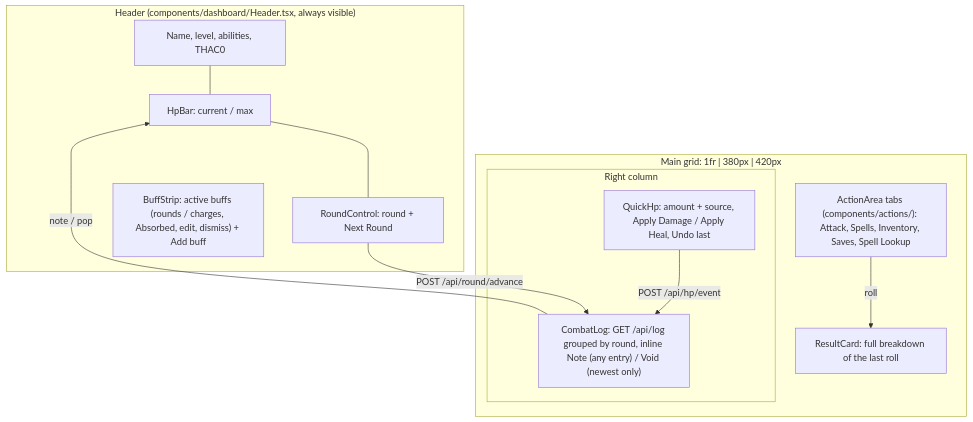
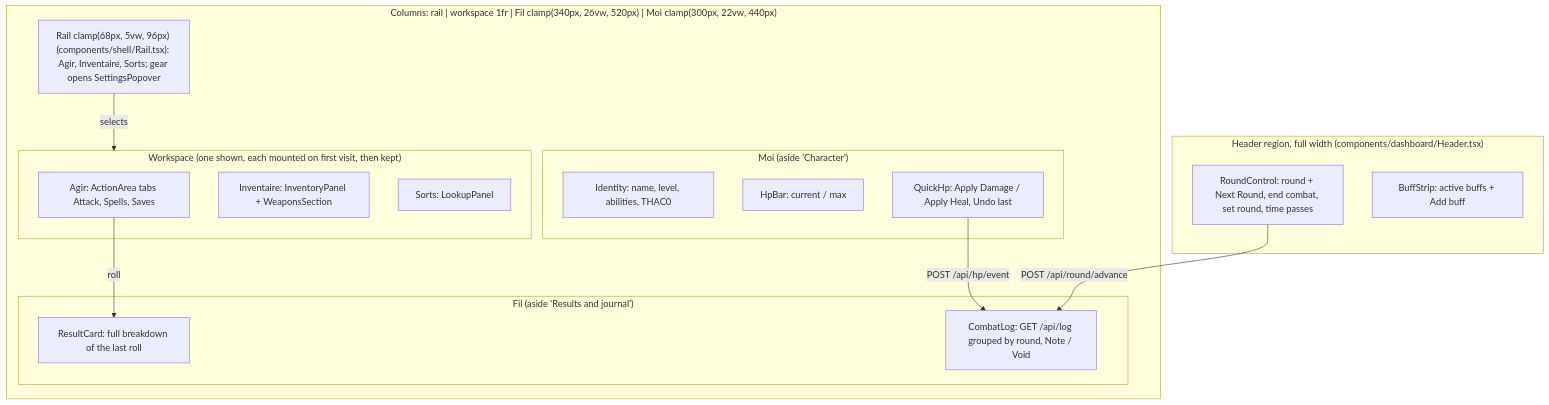
One commit to ceffo/critical changed the diagram in docs/frontend.md. Above: the diagram before and after it, drawn with Mermaid. The commit also changed other lines of this file and 52 other files, not shown here.

First line of the commit message:
feat(web): dashboard v3 shell, Nocturne themes, settings popover (critical-kiv.1) (#78)

````diff
--- a/docs/frontend.md
+++ b/docs/frontend.md
@@ -33,19 +37,28 @@
 ```mermaid
 flowchart TD
-  subgraph H["Header (components/dashboard/Header.tsx, always visible)"]
-    ID["Name, level, abilities, THAC0"] --- HP["HpBar: current / max"] --- RC["RoundControl: round + Next Round"]
-    BS["BuffStrip: active buffs (rounds / charges, Absorbed, edit, dismiss) + Add buff"]
+  subgraph H["Header region, full width (components/dashboard/Header.tsx)"]
+    RC["RoundControl: round + Next Round, end combat, set round, time passes"]
+    BS["BuffStrip: active buffs + Add buff"]
   end
-  subgraph M["Main grid: 1fr | 380px | 420px"]
-    AA["ActionArea tabs (components/actions/): Attack, Spells, Inventory, Saves, Spell Lookup"]
-    RCARD["ResultCard: full breakdown of the last roll"]
-    subgraph R["Right column"]
-      QH["QuickHp: amount + source, Apply Damage / Apply Heal, Undo last"]
-      CL["CombatLog: GET /api/log grouped by round, inline Note (any entry) / Void (newest only)"]
+  subgraph G["Columns: rail | workspace 1fr | Fil clamp(340px, 26vw, 520px) | Moi clamp(300px, 22vw, 440px)"]
+    RAIL["Rail clamp(68px, 5vw, 96px) (components/shell/Rail.tsx): Agir, Inventaire, Sorts; gear opens SettingsPopover"]
+    subgraph WS["Workspace (one shown, each mounted on first visit, then kept)"]
+      ACT["Agir: ActionArea tabs Attack, Spells, Saves"]
+      INV["Inventaire: InventoryPanel + WeaponsSection"]
+      SP["Sorts: LookupPanel"]
+    end
+    subgraph FIL["Fil (aside 'Results and journal')"]
+      RCARD["ResultCard: full breakdown of the last roll"]
+      CL["CombatLog: GET /api/log grouped by round, Note / Void"]
+    end
+    subgraph MOI["Moi (aside 'Character')"]
+      ID["Identity: name, level, abilities, THAC0"]
+      HP["HpBar: current / max"]
+      QH["QuickHp: Apply Damage / Apply Heal, Undo last"]
     end
   end
-  AA -->|roll| RCARD
+  RAIL -->|selects| WS
+  ACT -->|roll| RCARD
   QH -->|POST /api/hp/event| CL
-  CL -->|note / pop| HP
   RC -->|POST /api/round/advance| CL
 ```
````
